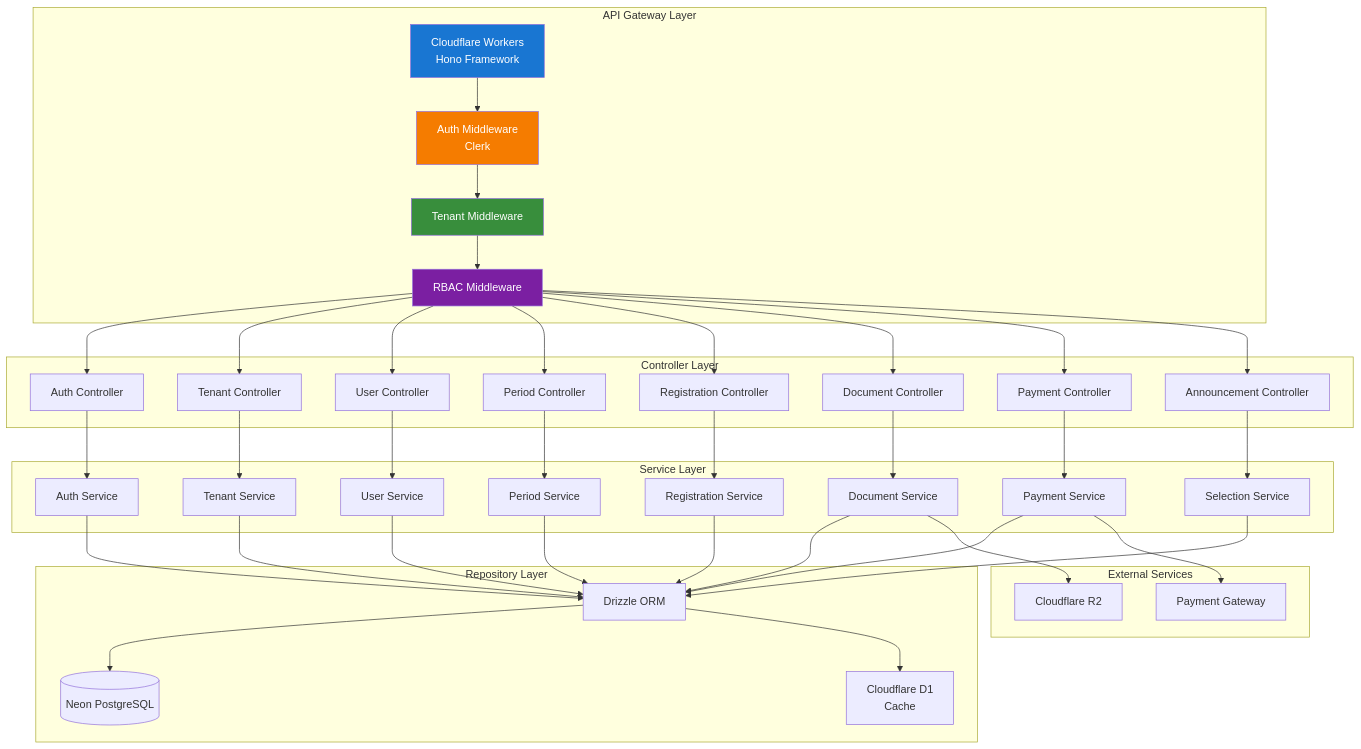
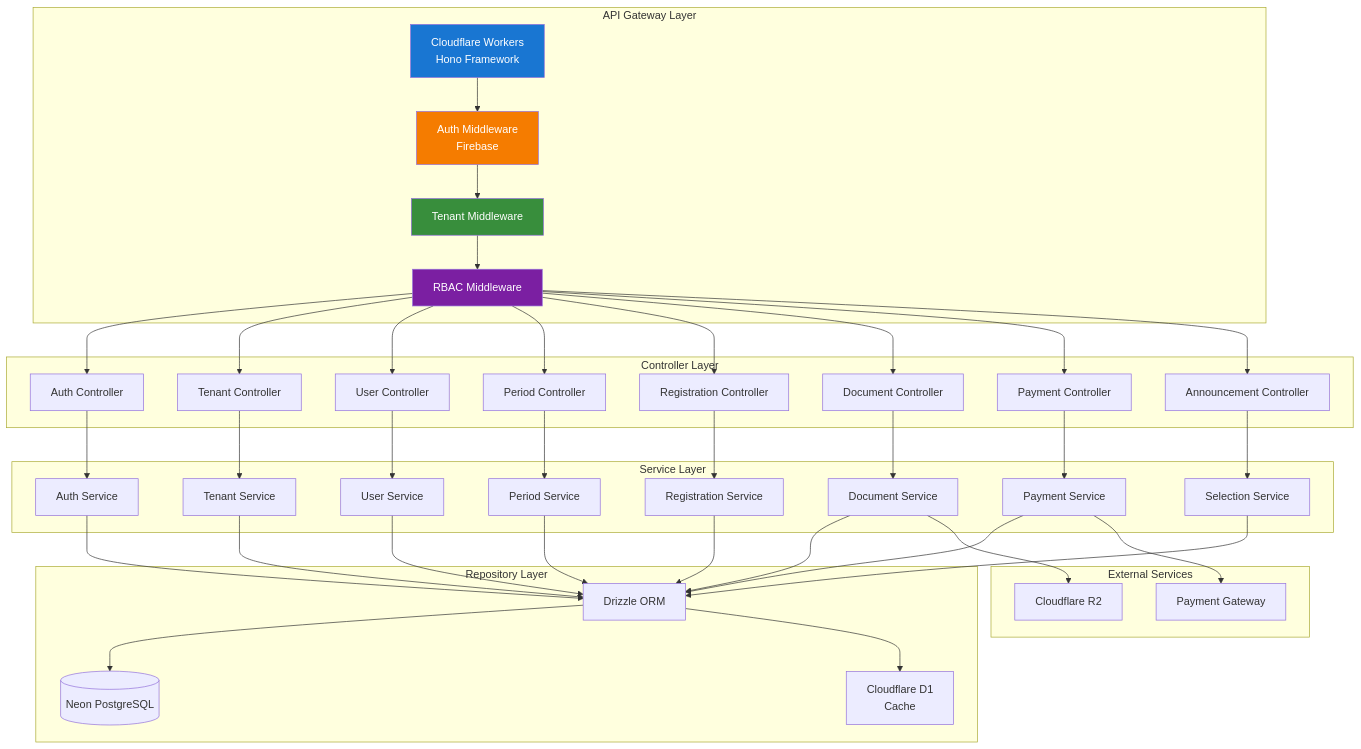
Before and after one commit to kodratIT/ppdb-saas: diagram 15 of 32 in docs/02. TDD-PPDB-SAAS.md, drawn with Mermaid. The commit also changed other lines of this file and 55 other files, not shown here.

```diff
--- a/docs/02. TDD-PPDB-SAAS.md
+++ b/docs/02. TDD-PPDB-SAAS.md
@@ -946,7 +901,7 @@
 graph TB
     subgraph "API Gateway Layer"
         GATEWAY[Cloudflare Workers<br/>Hono Framework]
-        AUTH[Auth Middleware<br/>Clerk]
+        AUTH[Auth Middleware<br/>Firebase]
         TENANT[Tenant Middleware]
         RBAC[RBAC Middleware]
     end
```
